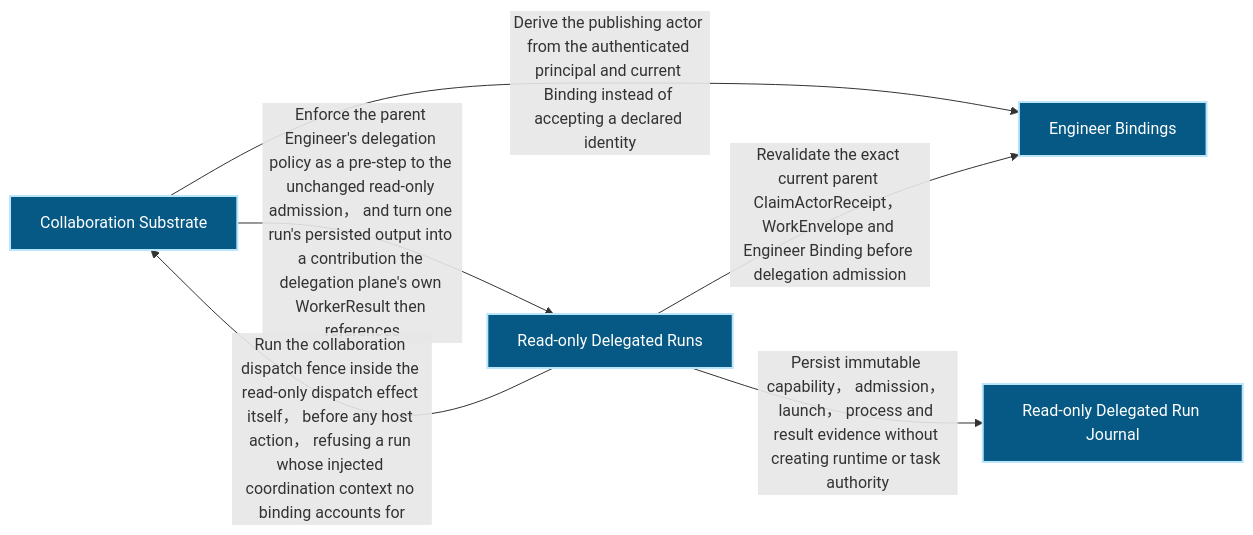
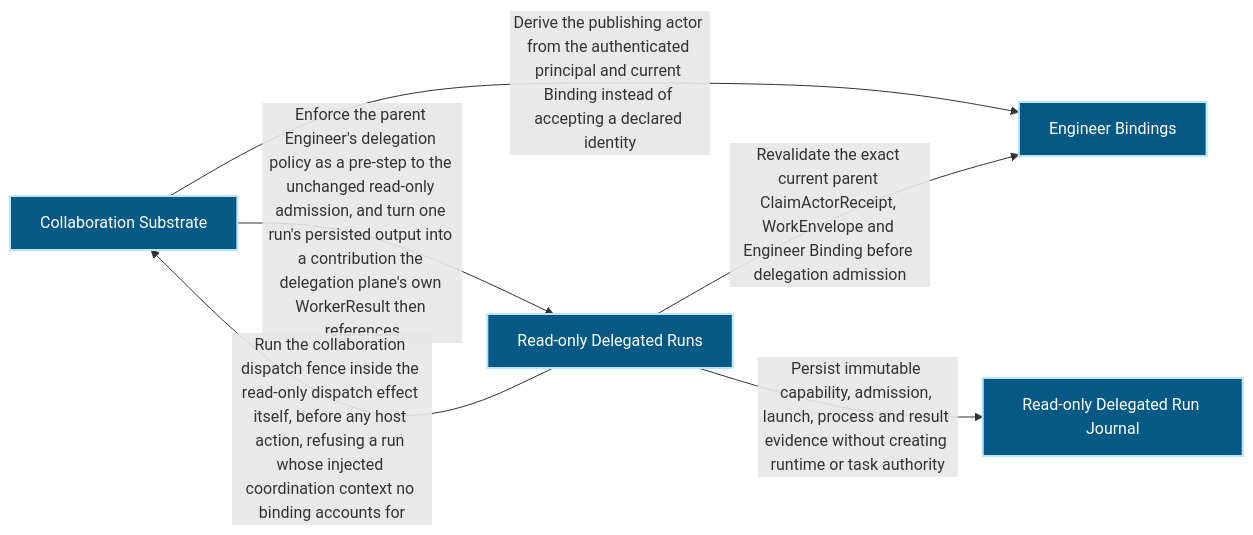
One commit to Ancienttwo/repo-harness changed the first of 2 diagrams in docs/architecture/modules/runtime-harness/delegated-runs.md. Above: the diagram before and after it, drawn with Mermaid. The commit also changed other lines of this file and 46 other files, not shown here.

First line of the commit message:
docs(architecture): re-project the architecture docs with archctx 0.7.1

````diff
--- a/docs/architecture/modules/runtime-harness/delegated-runs.md
+++ b/docs/architecture/modules/runtime-harness/delegated-runs.md
@@ -16,16 +16,16 @@
 ```mermaid
 flowchart LR
   p1_capability_runtime_harness_collaboration_5265febf["Collaboration Substrate"]:::component
   p1_capability_runtime_harness_delegated_runs_e1654b07["Read-only Delegated Runs"]:::component
   p1_capability_runtime_harness_engineer_bindings_34c00f72["Engineer Bindings"]:::component
   p1_component_delegated_runs_primary_0e9104c9["Read-only Delegated Run Journal"]:::component
-  p1_capability_runtime_harness_collaboration_5265febf -->|"Enforce the parent Engineer's delegation policy as a pre-step to the unchanged read-only admission， and turn one run's persisted output into a contribution the delegation plane's own WorkerResult then references"| p1_capability_runtime_harness_delegated_runs_e1654b07
+  p1_capability_runtime_harness_collaboration_5265febf -->|"Enforce the parent Engineer's delegation policy as a pre-step to the unchanged read-only admission#44; and turn one run's persisted output into a contribution the delegation plane's own WorkerResult then references"| p1_capability_runtime_harness_delegated_runs_e1654b07
   p1_capability_runtime_harness_collaboration_5265febf -->|"Derive the publishing actor from the authenticated principal and current Binding instead of accepting a declared identity"| p1_capability_runtime_harness_engineer_bindings_34c00f72
-  p1_capability_runtime_harness_delegated_runs_e1654b07 -->|"Run the collaboration dispatch fence inside the read-only dispatch effect itself， before any host action， refusing a run whose injected coordination context no binding accounts for"| p1_capability_runtime_harness_collaboration_5265febf
-  p1_capability_runtime_harness_delegated_runs_e1654b07 -->|"Revalidate the exact current parent ClaimActorReceipt， WorkEnvelope and Engineer Binding before delegation admission"| p1_capability_runtime_harness_engineer_bindings_34c00f72
-  p1_capability_runtime_harness_delegated_runs_e1654b07 -->|"Persist immutable capability， admission， launch， process and result evidence without creating runtime or task authority"| p1_component_delegated_runs_primary_0e9104c9
+  p1_capability_runtime_harness_delegated_runs_e1654b07 -->|"Run the collaboration dispatch fence inside the read-only dispatch effect itself#44; before any host action#44; refusing a run whose injected coordination context no binding accounts for"| p1_capability_runtime_harness_collaboration_5265febf
+  p1_capability_runtime_harness_delegated_runs_e1654b07 -->|"Revalidate the exact current parent ClaimActorReceipt#44; WorkEnvelope and Engineer Binding before delegation admission"| p1_capability_runtime_harness_engineer_bindings_34c00f72
+  p1_capability_runtime_harness_delegated_runs_e1654b07 -->|"Persist immutable capability#44; admission#44; launch#44; process and result evidence without creating runtime or task authority"| p1_component_delegated_runs_primary_0e9104c9
   classDef actor fill:#111827,color:#ffffff,stroke:#f9fafb,stroke-width:2px
   classDef component fill:#075985,color:#ffffff,stroke:#bae6fd,stroke-width:2px
   classDef datastore fill:#3f6212,color:#ffffff,stroke:#d9f99d,stroke-width:2px
   classDef external fill:#7c2d12,color:#ffffff,stroke:#fed7aa,stroke-width:2px
 ```
````
